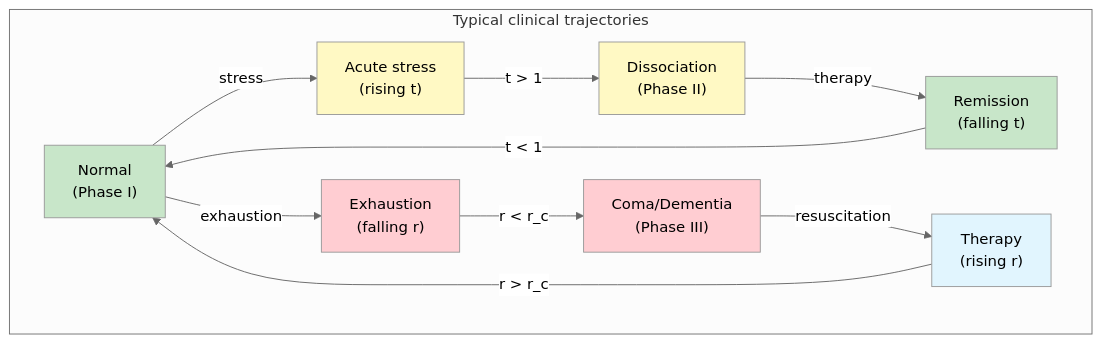
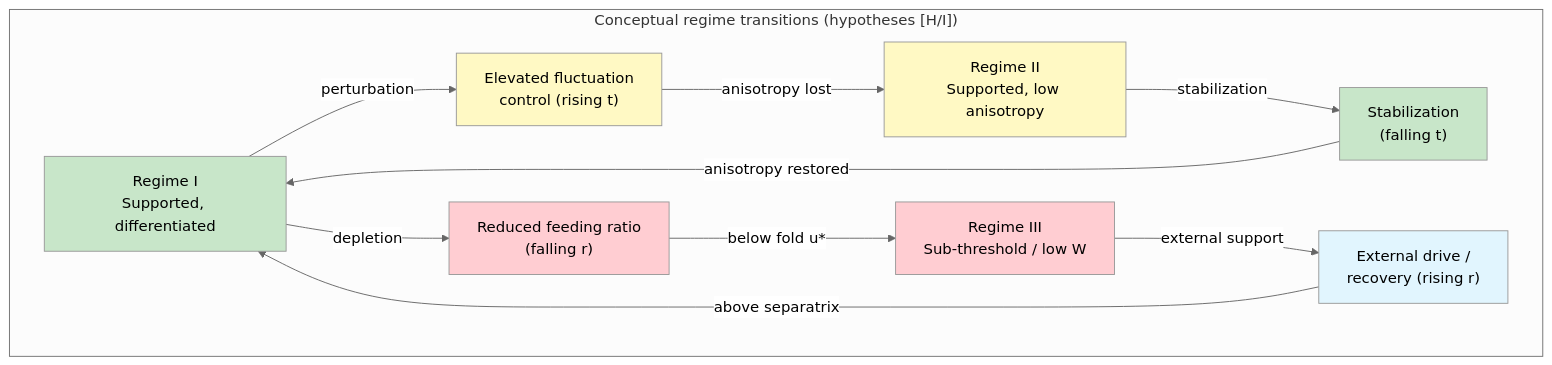
Before and after one commit to gst-st/uhm: the second of 2 diagrams in website/docs/applied/coherence-cybernetics/phase-diagram-cc.md, drawn with Mermaid (neutral theme). The commit also changed other lines of this file and 376 other files, not shown here.

First line of the commit message:
Refactor UHM canon, decontaminate architecture, and verify EN/RU parity

````diff
--- a/website/docs/applied/coherence-cybernetics/phase-diagram-cc.md
+++ b/website/docs/applied/coherence-cybernetics/phase-diagram-cc.md
@@ -448,29 +300,29 @@
 ```mermaid
 graph TD
-    subgraph "Typical clinical trajectories"
-        N["Normal<br/>(Phase I)"]
-        S["Acute stress<br/>(rising t)"]
-        D["Dissociation<br/>(Phase II)"]
-        R["Remission<br/>(falling t)"]
-        E["Exhaustion<br/>(falling r)"]
-        C["Coma/Dementia<br/>(Phase III)"]
-        T["Therapy<br/>(rising r)"]
+    subgraph "Conceptual regime transitions (hypotheses [H/I])"
+        N["Regime I<br/>Supported, differentiated"]
+        S["Elevated fluctuation<br/>control (rising t)"]
+        D["Regime II<br/>Supported, low anisotropy"]
+        R["Stabilization<br/>(falling t)"]
+        E["Reduced feeding ratio<br/>(falling r)"]
+        C["Regime III<br/>Sub-threshold / low W"]
+        T["External drive /<br/>recovery (rising r)"]
 
-        N -->|"stress"| S
-        S -->|"t > 1"| D
-        D -->|"therapy"| R
-        R -->|"t < 1"| N
-        N -->|"exhaustion"| E
-        E -->|"r < r_c"| C
-        C -->|"resuscitation"| T
-        T -->|"r > r_c"| N
+        N -->|"perturbation"| S
+        S -->|"anisotropy lost"| D
+        D -->|"stabilization"| R
+        R -->|"anisotropy restored"| N
+        N -->|"depletion"| E
+        E -->|"below fold u*"| C
+        C -->|"external support"| T
+        T -->|"above separatrix"| N
     end
 
     style N fill:#c8e6c9
     style D fill:#fff9c4
     style C fill:#ffcdd2
     style S fill:#fff9c4
     style R fill:#c8e6c9
     style E fill:#ffcdd2
     style T fill:#e1f5fe
 ```
````
